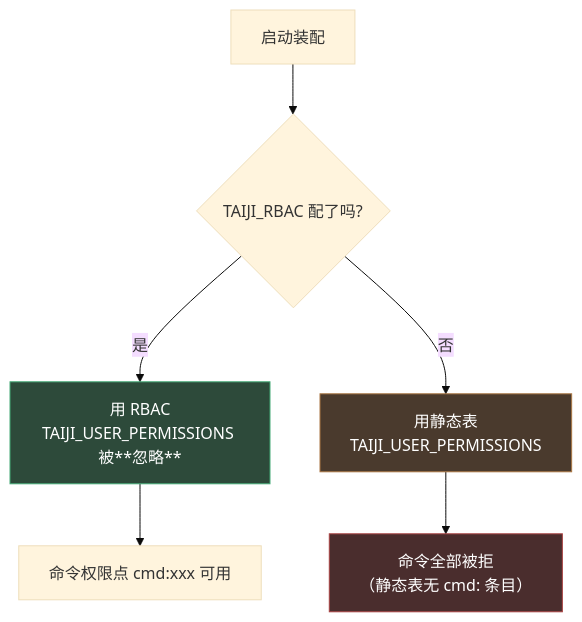
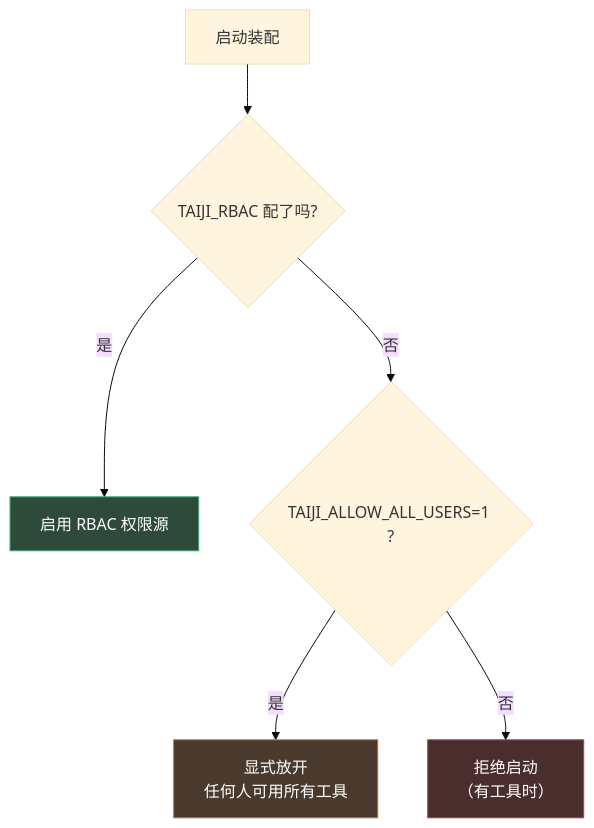
One commit to kalandramo/TaiJi changed the diagram in docs/04-MCP配置手册.md. Above: the diagram before and after it, drawn with Mermaid (base theme). The commit also changed other lines of this file and 10 other files, not shown here.

First line of the commit message:
refactor: TAIJI_USER_PERMISSIONS 退役，用户级权限收敛到 TAIJI_RBAC 单入口

````diff
--- a/docs/04-MCP配置手册.md
+++ b/docs/04-MCP配置手册.md
@@ -365,12 +365,12 @@
 ```mermaid
 flowchart TD
     A["启动装配"] --> B{"TAIJI_RBAC 配了吗?"}
-    B -->|是| C["用 RBAC<br/>TAIJI_USER_PERMISSIONS 被**忽略**"]
-    B -->|否| D["用静态表<br/>TAIJI_USER_PERMISSIONS"]
-    C --> E["命令权限点 cmd:xxx 可用"]
-    D --> F["命令全部被拒<br/>（静态表无 cmd: 条目）"]
+    B -->|是| C["启用 RBAC 权限源"]
+    B -->|否| D{"TAIJI_ALLOW_ALL_USERS=1 ?"}
+    D -->|是| E["显式放开<br/>任何人可用所有工具"]
+    D -->|否| F["拒绝启动<br/>（有工具时）"]
 
     style C fill:#2d4a3a,stroke:#4a7,color:#fff
-    style D fill:#4a3a2d,stroke:#a74,color:#fff
+    style E fill:#4a3a2d,stroke:#a74,color:#fff
     style F fill:#4a2d2d,stroke:#a44,color:#fff
 ```
````
